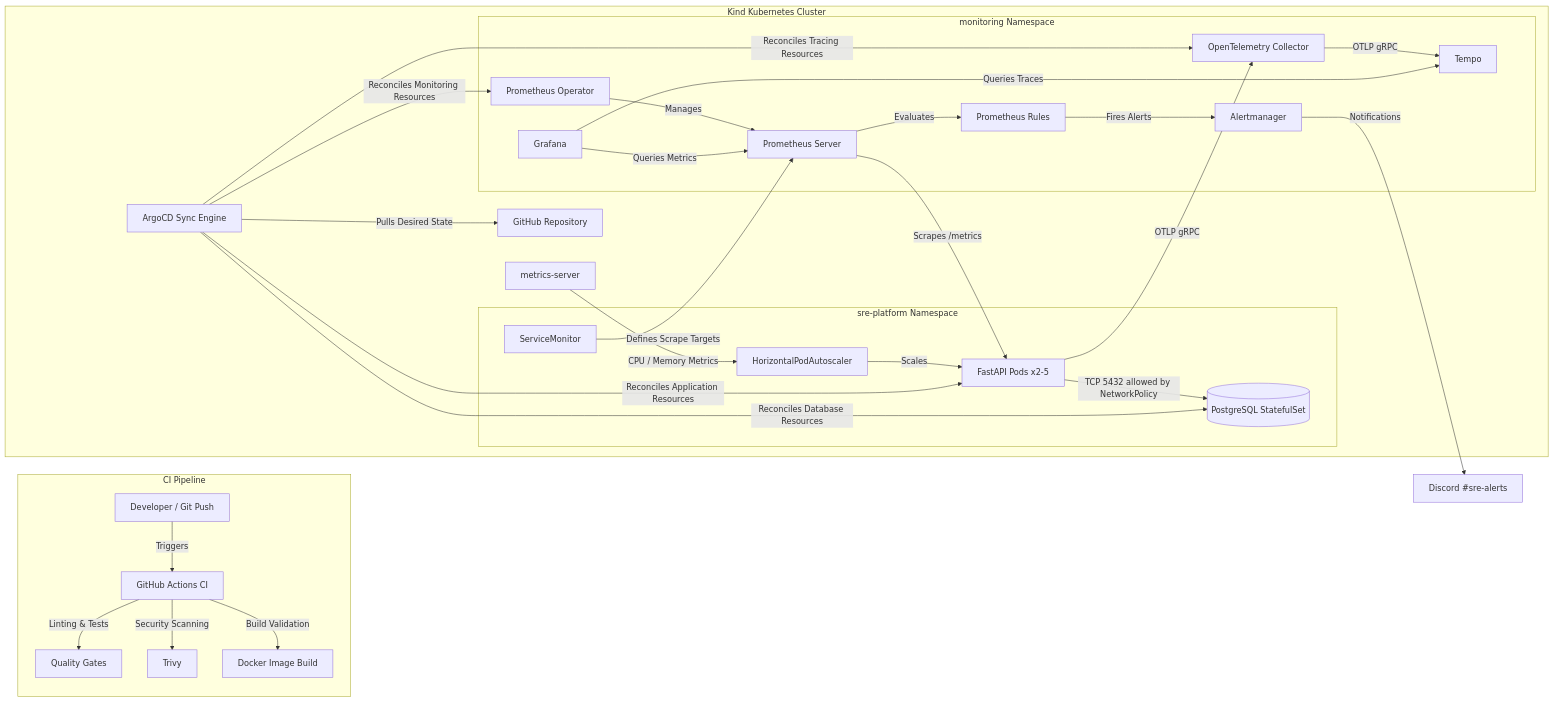
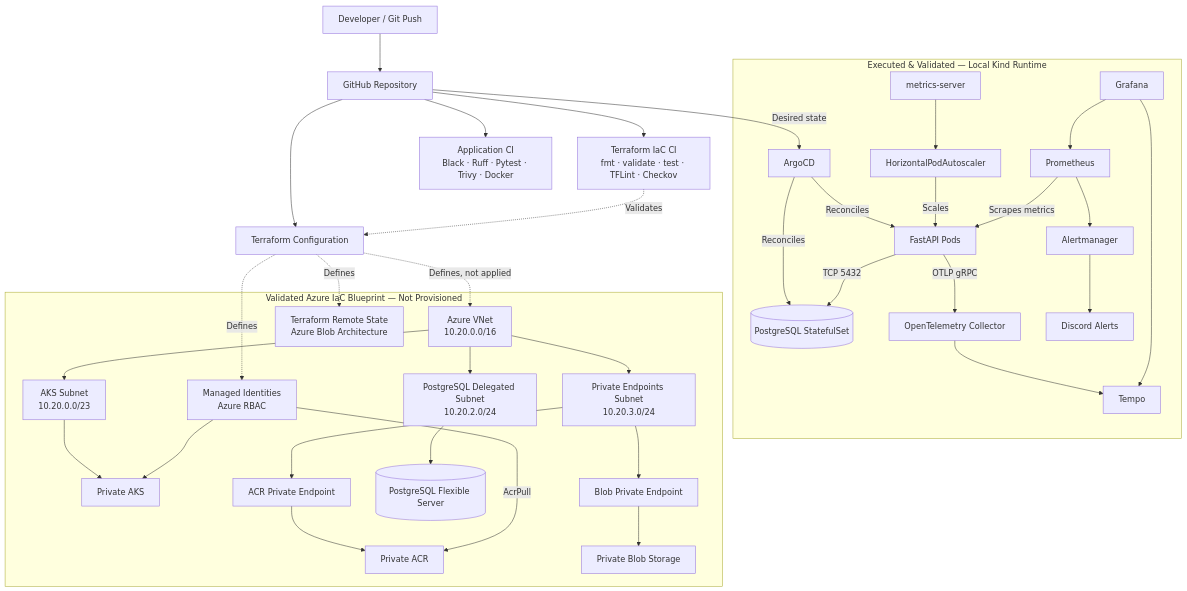
Before and after one commit to Konstantinos820/cloud-native-sre-platform: the diagram in README.md, drawn with Mermaid. The commit also changed other lines of this file and 3 other files, not shown here.

Commit message:
feat: complete Terraform Azure IaC milestone

````diff
--- a/README.md
+++ b/README.md
@@ -13,92 +35,100 @@
 ```mermaid
-graph LR
+flowchart TB
+    Dev[Developer / Git Push] --> Repo[GitHub Repository]
+
     %% =========================================================
-    %% CI
+    %% APPLICATION CI
     %% =========================================================
-    subgraph CI [CI Pipeline]
-        Dev[Developer / Git Push] -->|Triggers| GHA[GitHub Actions CI]
+    Repo --> AppCI[Application CI<br/>Black · Ruff · Pytest · Trivy · Docker]
 
-        GHA -->|Linting & Tests| Quality[Quality Gates]
-        GHA -->|Security Scanning| Trivy[Trivy]
-        GHA -->|Build Validation| DockerBuild[Docker Image Build]
+    %% =========================================================
+    %% LOCAL EXECUTED RUNTIME
+    %% =========================================================
+    subgraph Local["Executed & Validated — Local Kind Runtime"]
+        ArgoCD[ArgoCD]
+
+        FastAPI[FastAPI Pods]
+        Postgres[(PostgreSQL StatefulSet)]
+
+        MetricsServer[metrics-server]
+        HPA[HorizontalPodAutoscaler]
+
+        Prometheus[Prometheus]
+        Alertmanager[Alertmanager]
+        Grafana[Grafana]
+
+        OTel[OpenTelemetry Collector]
+        Tempo[Tempo]
+
+        ArgoCD -->|Reconciles| FastAPI
+        ArgoCD -->|Reconciles| Postgres
+
+        MetricsServer --> HPA
+        HPA -->|Scales| FastAPI
+
+        FastAPI -->|TCP 5432| Postgres
+
+        Prometheus -->|Scrapes metrics| FastAPI
+        Prometheus --> Alertmanager
+        Alertmanager --> Discord[Discord Alerts]
+
+        FastAPI -->|OTLP gRPC| OTel
+        OTel --> Tempo
+
+        Grafana --> Prometheus
+        Grafana --> Tempo
     end
 
-    %% =========================================================
-    %% External Git Repository
-    %% =========================================================
-    GitRepo[GitHub Repository]
+    Repo -->|Desired state| ArgoCD
 
     %% =========================================================
-    %% Kubernetes Cluster
+    %% TERRAFORM CI
     %% =========================================================
-    subgraph Cluster [Kind Kubernetes Cluster]
+    Repo --> IaCCI[Terraform IaC CI<br/>fmt · validate · test · TFLint · Checkov]
+    Repo --> Terraform[Terraform Configuration]
 
-        %% -----------------------------------------------------
-        %% GitOps
-        %% -----------------------------------------------------
-        ArgoCD[ArgoCD Sync Engine]
-        ArgoCD -->|Pulls Desired State| GitRepo
+    IaCCI -. Validates .-> Terraform
 
-        %% -----------------------------------------------------
-        %% Application Namespace
-        %% -----------------------------------------------------
-        subgraph SRE_NS [sre-platform Namespace]
+    %% =========================================================
+    %% AZURE BLUEPRINT
+    %% =========================================================
+    subgraph Azure["Validated Azure IaC Blueprint — Not Provisioned"]
+        VNet[Azure VNet<br/>10.20.0.0/16]
 
-            FastAPI[FastAPI Pods x2-5]
-            Postgres[(PostgreSQL StatefulSet)]
+        AKSSubnet[AKS Subnet<br/>10.20.0.0/23]
+        PGSubnet[PostgreSQL Delegated Subnet<br/>10.20.2.0/24]
+        PESubnet[Private Endpoints Subnet<br/>10.20.3.0/24]
 
-            HPA[HorizontalPodAutoscaler]
-            ServiceMonitor[ServiceMonitor]
+        AKS[Private AKS]
+        ACRPE[ACR Private Endpoint]
+        ACR[Private ACR]
 
-            HPA -->|Scales| FastAPI
-            FastAPI -->|TCP 5432 allowed by NetworkPolicy| Postgres
-        end
+        AzurePG[(PostgreSQL Flexible Server)]
 
-        %% -----------------------------------------------------
-        %% Cluster-level Components
-        %% -----------------------------------------------------
-        MetricsServer[metrics-server] -->|CPU / Memory Metrics| HPA
+        BlobPE[Blob Private Endpoint]
+        Blob[Private Blob Storage]
 
-        %% -----------------------------------------------------
-        %% Monitoring Namespace
-        %% -----------------------------------------------------
-        subgraph Mon_NS [monitoring Namespace]
+        Identity[Managed Identities<br/>Azure RBAC]
+        State[Terraform Remote State<br/>Azure Blob Architecture]
 
-            PromOperator[Prometheus Operator]
-            Prometheus[Prometheus Server]
-            Rules[Prometheus Rules]
-            Alertmanager[Alertmanager]
+        VNet --> AKSSubnet
+        VNet --> PGSubnet
+        VNet --> PESubnet
 
-            OTelCollector[OpenTelemetry Collector]
-            Tempo[Tempo]
-            Grafana[Grafana]
+        AKSSubnet --> AKS
+        PGSubnet --> AzurePG
 
-            PromOperator -->|Manages| Prometheus
+        PESubnet --> ACRPE
+        ACRPE --> ACR
 
-            ServiceMonitor -->|Defines Scrape Targets| Prometheus
-            Prometheus -->|Scrapes /metrics| FastAPI
+        PESubnet --> BlobPE
+        BlobPE --> Blob
 
-            Prometheus -->|Evaluates| Rules
-            Rules -->|Fires Alerts| Alertmanager
-
-            Grafana -->|Queries Metrics| Prometheus
-
-            FastAPI -->|OTLP gRPC| OTelCollector
-            OTelCollector -->|OTLP gRPC| Tempo
-            Grafana -->|Queries Traces| Tempo
-        end
-
-        %% -----------------------------------------------------
-        %% GitOps Reconciliation
-        %% -----------------------------------------------------
-        ArgoCD -->|Reconciles Application Resources| FastAPI
-        ArgoCD -->|Reconciles Database Resources| Postgres
-        ArgoCD -->|Reconciles Monitoring Resources| PromOperator
-        ArgoCD -->|Reconciles Tracing Resources| OTelCollector
+        Identity --> AKS
+        Identity -->|AcrPull| ACR
     end
 
-    %% =========================================================
-    %% External Notifications
-    %% =========================================================
-    Alertmanager -->|Notifications| Discord[Discord #sre-alerts]
+    Terraform -. Defines, not applied .-> VNet
+    Terraform -. Defines .-> Identity
+    Terraform -. Defines .-> State
 ```
````
